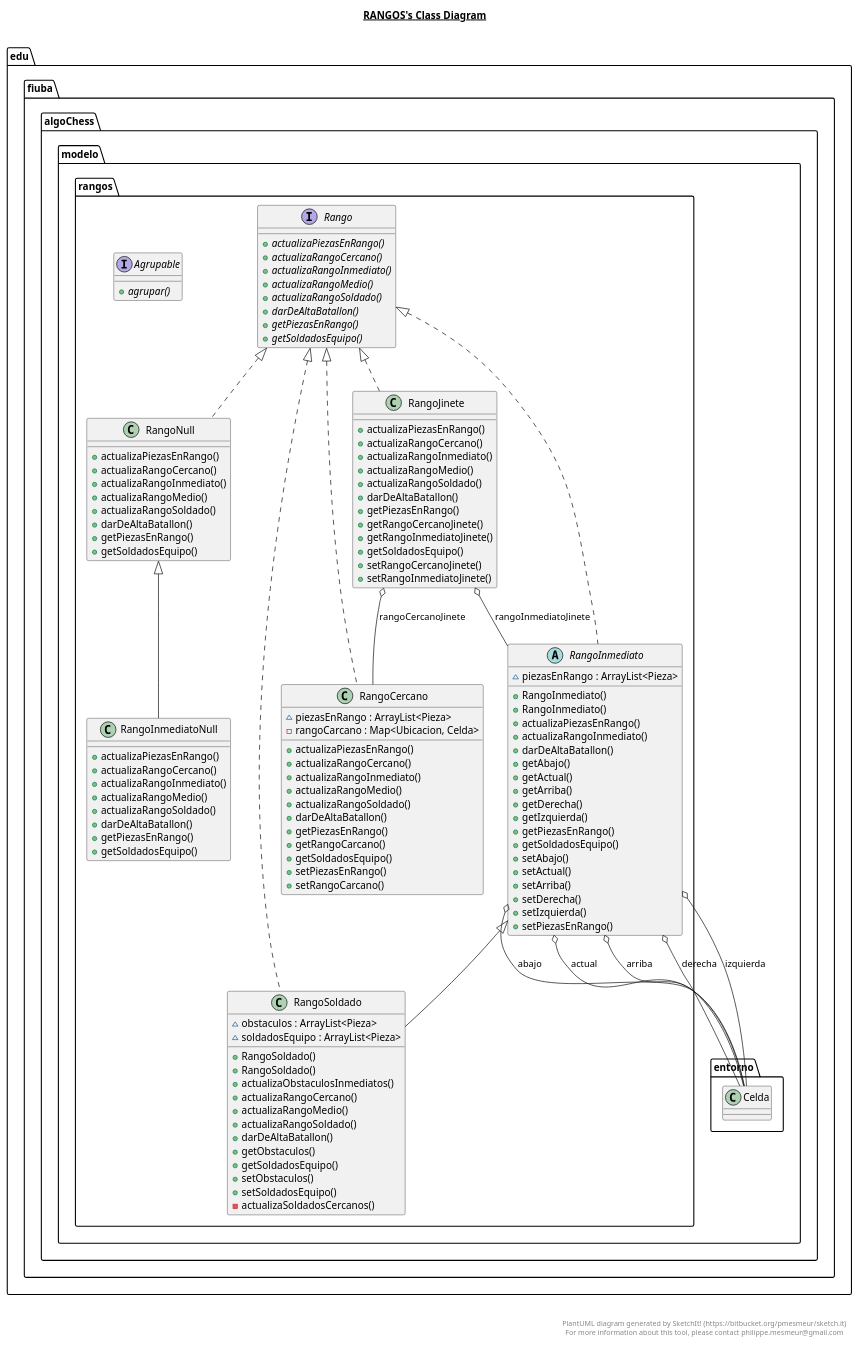
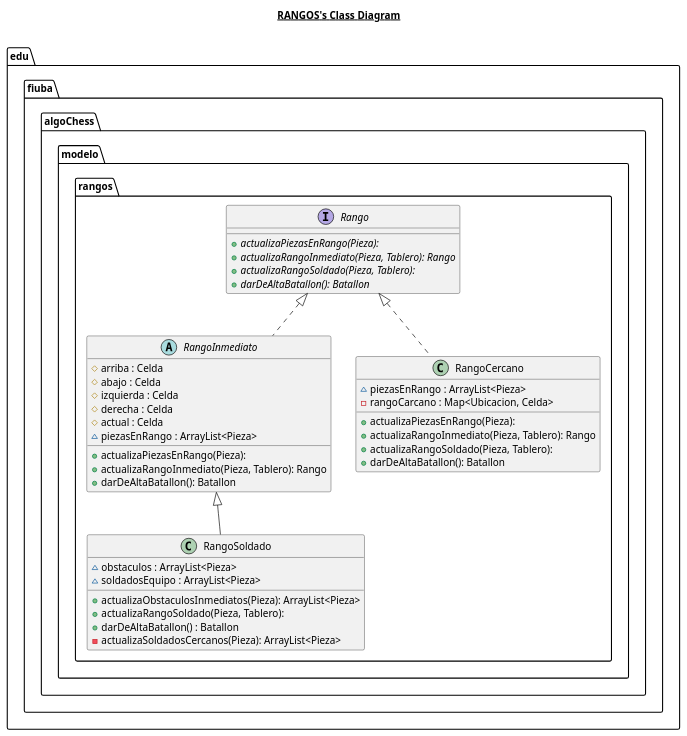
The diagram in AlgoChess/src/main/java/edu/fiuba/algoChess/modelo/rangos/rangos.plantuml (0xSkla3/algo3_TP2), drawn with PlantUML before and after one commit.

Commit message:
se elimina codigo sin uso del paquete modelo.rango . se corrije plantUML del mismo paquete

```diff
--- a/AlgoChess/src/main/java/edu/fiuba/algoChess/modelo/rangos/rangos.plantuml
+++ b/AlgoChess/src/main/java/edu/fiuba/algoChess/modelo/rangos/rangos.plantuml
@@ -1,175 +1,46 @@
 @startuml
 
 title __RANGOS's Class Diagram__\n
 
-  namespace edu.fiuba.algoChess {
-    namespace modelo.rangos {
-      interface edu.fiuba.algoChess.modelo.rangos.Agrupable {
-          {abstract} + agrupar()
+      interface edu.fiuba.algoChess.modelo.rangos.Rango {
+          {abstract} + actualizaPiezasEnRango(Pieza):
+          {abstract} + actualizaRangoInmediato(Pieza, Tablero): Rango
+          {abstract} + actualizaRangoSoldado(Pieza, Tablero):
+          {abstract} + darDeAltaBatallon(): Batallon
       }
-    }
-  }
-  
 
-  namespace edu.fiuba.algoChess {
-    namespace modelo.rangos {
-      interface edu.fiuba.algoChess.modelo.rangos.Rango {
-          {abstract} + actualizaPiezasEnRango()
-          {abstract} + actualizaRangoCercano()
-          {abstract} + actualizaRangoInmediato()
-          {abstract} + actualizaRangoMedio()
-          {abstract} + actualizaRangoSoldado()
-          {abstract} + darDeAltaBatallon()
-          {abstract} + getPiezasEnRango()
-          {abstract} + getSoldadosEquipo()
-      }
-    }
-  }
-  
-
-  namespace edu.fiuba.algoChess {
-    namespace modelo.rangos {
       class edu.fiuba.algoChess.modelo.rangos.RangoCercano {
           ~ piezasEnRango : ArrayList<Pieza>
           - rangoCarcano : Map<Ubicacion, Celda>
-          + actualizaPiezasEnRango()
-          + actualizaRangoCercano()
-          + actualizaRangoInmediato()
-          + actualizaRangoMedio()
-          + actualizaRangoSoldado()
-          + darDeAltaBatallon()
-          + getPiezasEnRango()
-          + getRangoCarcano()
-          + getSoldadosEquipo()
-          + setPiezasEnRango()
-          + setRangoCarcano()
+          + actualizaPiezasEnRango(Pieza):
+          + actualizaRangoInmediato(Pieza, Tablero): Rango
+          + actualizaRangoSoldado(Pieza, Tablero):
+          + darDeAltaBatallon(): Batallon
       }
-    }
-  }
-  
 
-  namespace edu.fiuba.algoChess {
-    namespace modelo.rangos {
       abstract class edu.fiuba.algoChess.modelo.rangos.RangoInmediato {
+          # arriba : Celda
+          # abajo : Celda
+          # izquierda : Celda
+          # derecha : Celda
+          # actual : Celda
           ~ piezasEnRango : ArrayList<Pieza>
-          + RangoInmediato()
-          + RangoInmediato()
-          + actualizaPiezasEnRango()
-          + actualizaRangoInmediato()
-          + darDeAltaBatallon()
-          + getAbajo()
-          + getActual()
-          + getArriba()
-          + getDerecha()
-          + getIzquierda()
-          + getPiezasEnRango()
-          + getSoldadosEquipo()
-          + setAbajo()
-          + setActual()
-          + setArriba()
-          + setDerecha()
-          + setIzquierda()
-          + setPiezasEnRango()
+          + actualizaPiezasEnRango(Pieza):
+          + actualizaRangoInmediato(Pieza, Tablero): Rango
+          + darDeAltaBatallon(): Batallon
       }
-    }
-  }
-  
 
-  namespace edu.fiuba.algoChess {
-    namespace modelo.rangos {
-      class edu.fiuba.algoChess.modelo.rangos.RangoInmediatoNull {
-          + actualizaPiezasEnRango()
-          + actualizaRangoCercano()
-          + actualizaRangoInmediato()
-          + actualizaRangoMedio()
-          + actualizaRangoSoldado()
-          + darDeAltaBatallon()
-          + getPiezasEnRango()
-          + getSoldadosEquipo()
-      }
-    }
-  }
-  
-
-  namespace edu.fiuba.algoChess {
-    namespace modelo.rangos {
-      class edu.fiuba.algoChess.modelo.rangos.RangoJinete {
-          + actualizaPiezasEnRango()
-          + actualizaRangoCercano()
-          + actualizaRangoInmediato()
-          + actualizaRangoMedio()
-          + actualizaRangoSoldado()
-          + darDeAltaBatallon()
-          + getPiezasEnRango()
-          + getRangoCercanoJinete()
-          + getRangoInmediatoJinete()
-          + getSoldadosEquipo()
-          + setRangoCercanoJinete()
-          + setRangoInmediatoJinete()
-      }
-    }
-  }
-  
-
-  namespace edu.fiuba.algoChess {
-    namespace modelo.rangos {
-      class edu.fiuba.algoChess.modelo.rangos.RangoNull {
-          + actualizaPiezasEnRango()
-          + actualizaRangoCercano()
-          + actualizaRangoInmediato()
-          + actualizaRangoMedio()
-          + actualizaRangoSoldado()
-          + darDeAltaBatallon()
-          + getPiezasEnRango()
-          + getSoldadosEquipo()
-      }
-    }
-  }
-  
-
-  namespace edu.fiuba.algoChess {
-    namespace modelo.rangos {
       class edu.fiuba.algoChess.modelo.rangos.RangoSoldado {
           ~ obstaculos : ArrayList<Pieza>
           ~ soldadosEquipo : ArrayList<Pieza>
-          + RangoSoldado()
-          + RangoSoldado()
-          + actualizaObstaculosInmediatos()
-          + actualizaRangoCercano()
-          + actualizaRangoMedio()
-          + actualizaRangoSoldado()
-          + darDeAltaBatallon()
-          + getObstaculos()
-          + getSoldadosEquipo()
-          + setObstaculos()
-          + setSoldadosEquipo()
-          - actualizaSoldadosCercanos()
+          + actualizaObstaculosInmediatos(Pieza): ArrayList<Pieza>
+          + actualizaRangoSoldado(Pieza, Tablero):
+          + darDeAltaBatallon() : Batallon
+          - actualizaSoldadosCercanos(Pieza): ArrayList<Pieza>
       }
-    }
-  }
-  
 
   edu.fiuba.algoChess.modelo.rangos.RangoCercano .up.|> edu.fiuba.algoChess.modelo.rangos.Rango
   edu.fiuba.algoChess.modelo.rangos.RangoInmediato .up.|> edu.fiuba.algoChess.modelo.rangos.Rango
-  edu.fiuba.algoChess.modelo.rangos.RangoInmediato o-- edu.fiuba.algoChess.modelo.entorno.Celda : abajo
-  edu.fiuba.algoChess.modelo.rangos.RangoInmediato o-- edu.fiuba.algoChess.modelo.entorno.Celda : actual
-  edu.fiuba.algoChess.modelo.rangos.RangoInmediato o-- edu.fiuba.algoChess.modelo.entorno.Celda : arriba
-  edu.fiuba.algoChess.modelo.rangos.RangoInmediato o-- edu.fiuba.algoChess.modelo.entorno.Celda : derecha
-  edu.fiuba.algoChess.modelo.rangos.RangoInmediato o-- edu.fiuba.algoChess.modelo.entorno.Celda : izquierda
-  edu.fiuba.algoChess.modelo.rangos.RangoInmediatoNull -up-|> edu.fiuba.algoChess.modelo.rangos.RangoNull
-  edu.fiuba.algoChess.modelo.rangos.RangoJinete .up.|> edu.fiuba.algoChess.modelo.rangos.Rango
-  edu.fiuba.algoChess.modelo.rangos.RangoJinete o-- edu.fiuba.algoChess.modelo.rangos.RangoCercano : rangoCercanoJinete
-  edu.fiuba.algoChess.modelo.rangos.RangoJinete o-- edu.fiuba.algoChess.modelo.rangos.RangoInmediato : rangoInmediatoJinete
-  edu.fiuba.algoChess.modelo.rangos.RangoNull .up.|> edu.fiuba.algoChess.modelo.rangos.Rango
-  edu.fiuba.algoChess.modelo.rangos.RangoSoldado .up.|> edu.fiuba.algoChess.modelo.rangos.Rango
   edu.fiuba.algoChess.modelo.rangos.RangoSoldado -up-|> edu.fiuba.algoChess.modelo.rangos.RangoInmediato
 
-
-right footer
-
-
-PlantUML diagram generated by SketchIt! (https://bitbucket.org/pmesmeur/sketch.it)
-For more information about this tool, please contact philippe.mesmeur@gmail.com
-endfooter
-
 @enduml
```
